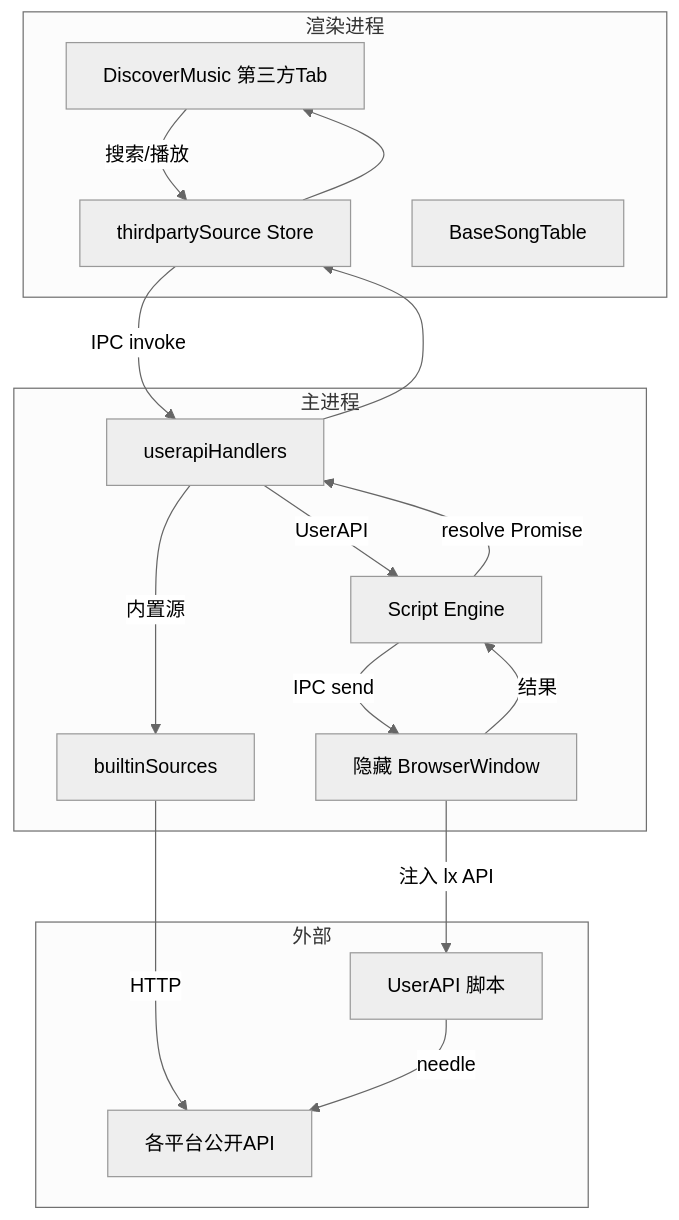
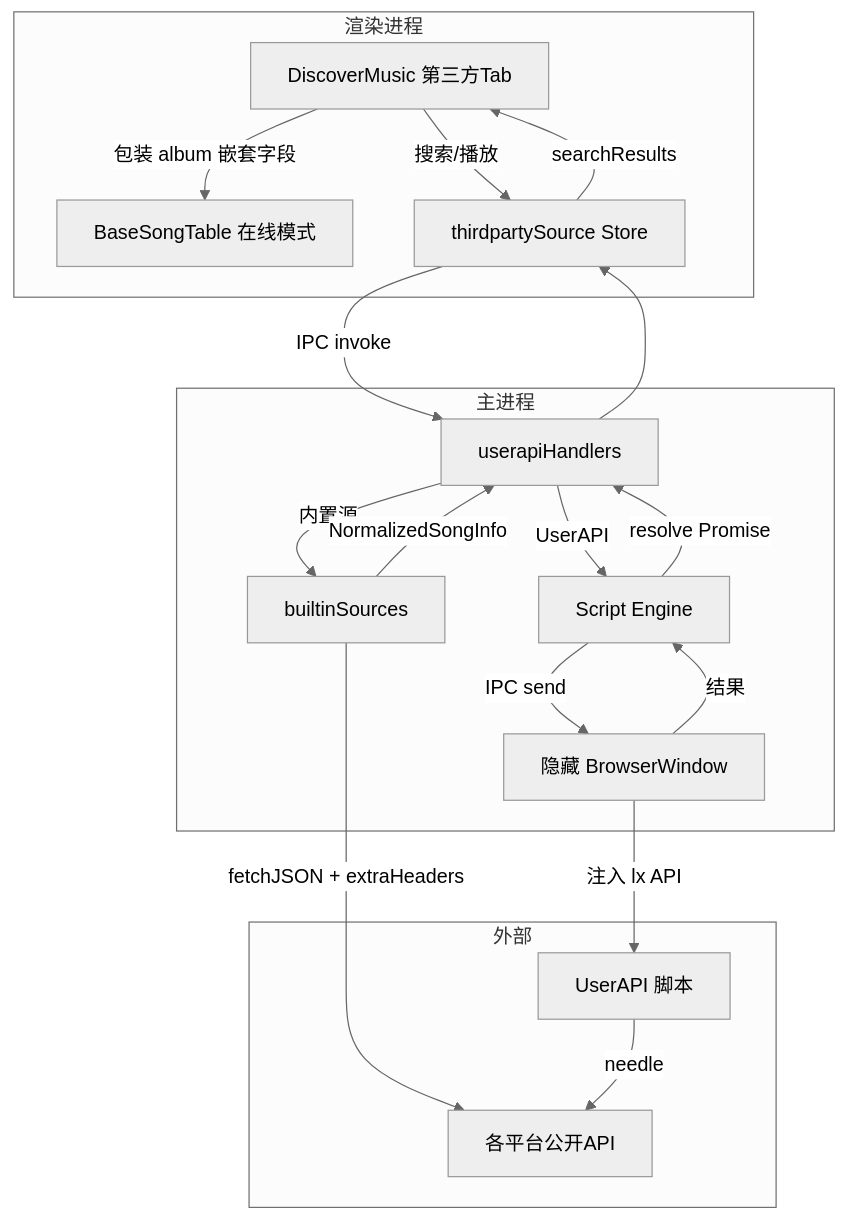
One commit to ddll8023/llmusic changed the second of 2 diagrams in doc/模块说明文档.md. Above: the diagram before and after it, drawn with Mermaid (neutral theme). The commit also changed other lines of this file and 5 other files, not shown here.

Commit message:
feat: enhance third-party source search functionality and improve album cover handling

````diff
--- a/doc/模块说明文档.md
+++ b/doc/模块说明文档.md
@@ -224,25 +239,29 @@
 ```mermaid
 flowchart TD
     subgraph 渲染进程
         A[DiscoverMusic 第三方Tab]
+        A2[BaseSongTable 在线模式]
         B[thirdpartySource Store]
-        C[BaseSongTable]
     end
     subgraph 主进程
         D[userapiHandlers]
         E[builtinSources]
         F[Script Engine]
         G[隐藏 BrowserWindow]
     end
     subgraph 外部
         H[各平台公开API]
         I[UserAPI 脚本]
     end
 
     A -->|搜索/播放| B
     B -->|IPC invoke| D
-    D -->|内置源| E -->|HTTP| H
+    D -->|内置源| E -->|fetchJSON + extraHeaders| H
+    E -->|NormalizedSongInfo| D
     D -->|UserAPI| F -->|IPC send| G
     G -->|注入 lx API| I -->|needle| H
-    G -->|结果| F -->|resolve Promise| D --> B --> A
+    G -->|结果| F -->|resolve Promise| D
+    D --> B
+    B -->|searchResults| A
+    A -->|包装 album 嵌套字段| A2
 ```
````
